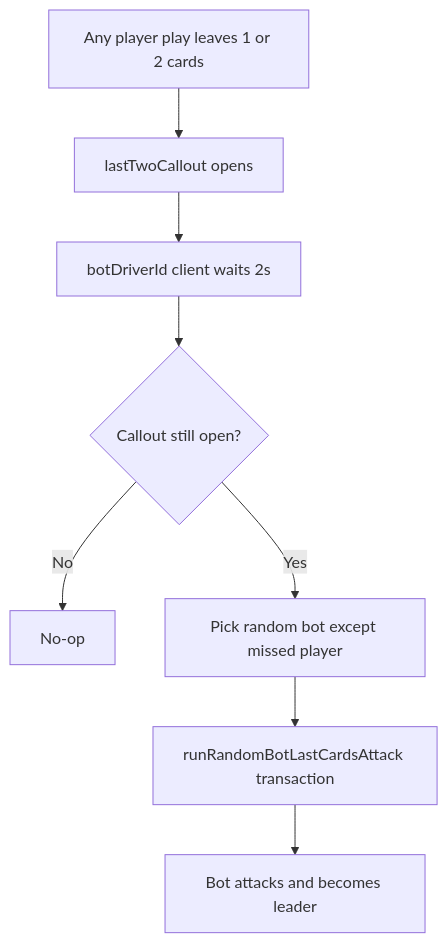
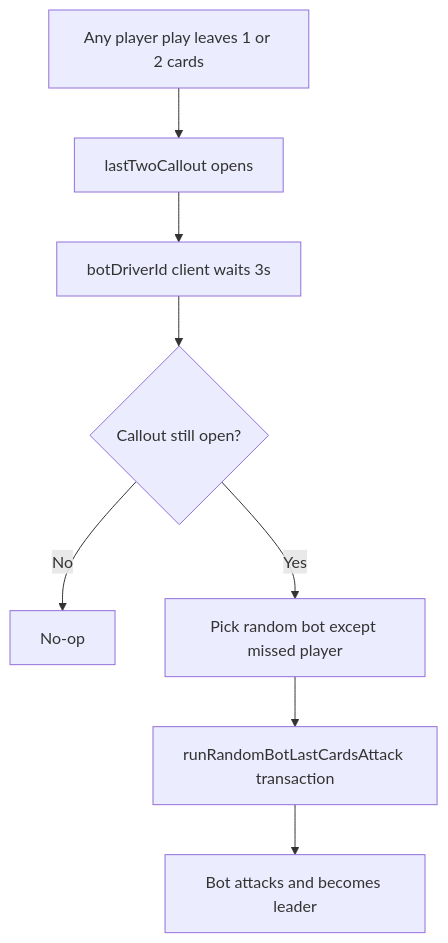
The sixth of 6 diagrams in src/app/big-two/README.md (Sourav9063/watchtogether), drawn with Mermaid before and after one commit. The commit also changed other lines of this file and 3 other files, not shown here.

````diff
--- a/src/app/big-two/README.md
+++ b/src/app/big-two/README.md
@@ -317,10 +317,10 @@
 ```mermaid
 flowchart TD
   A[Any player play leaves 1 or 2 cards] --> B[lastTwoCallout opens]
-  B --> C[botDriverId client waits 2s]
+  B --> C[botDriverId client waits 3s]
   C --> D{Callout still open?}
   D -- No --> E[No-op]
   D -- Yes --> F[Pick random bot except missed player]
   F --> G[runRandomBotLastCardsAttack transaction]
   G --> H[Bot attacks and becomes leader]
 ```
````
